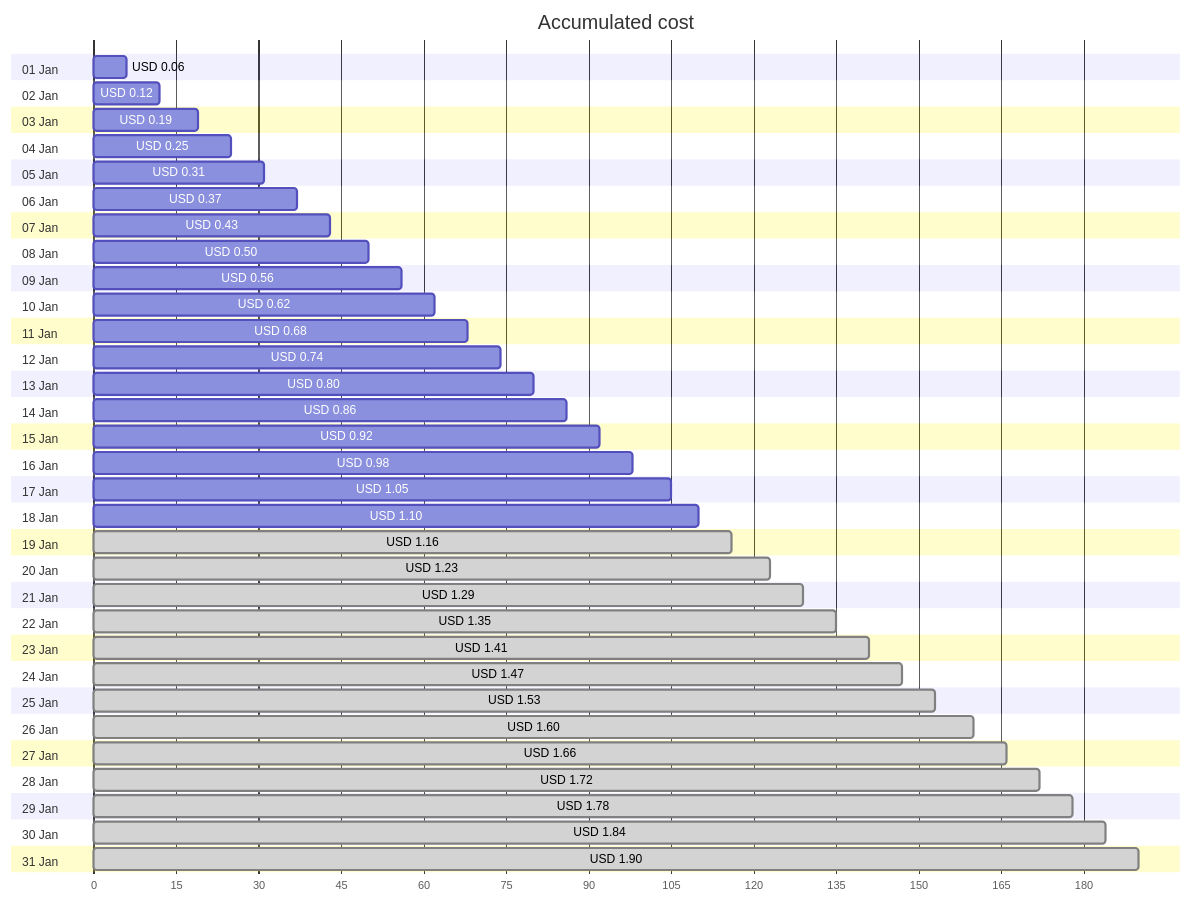
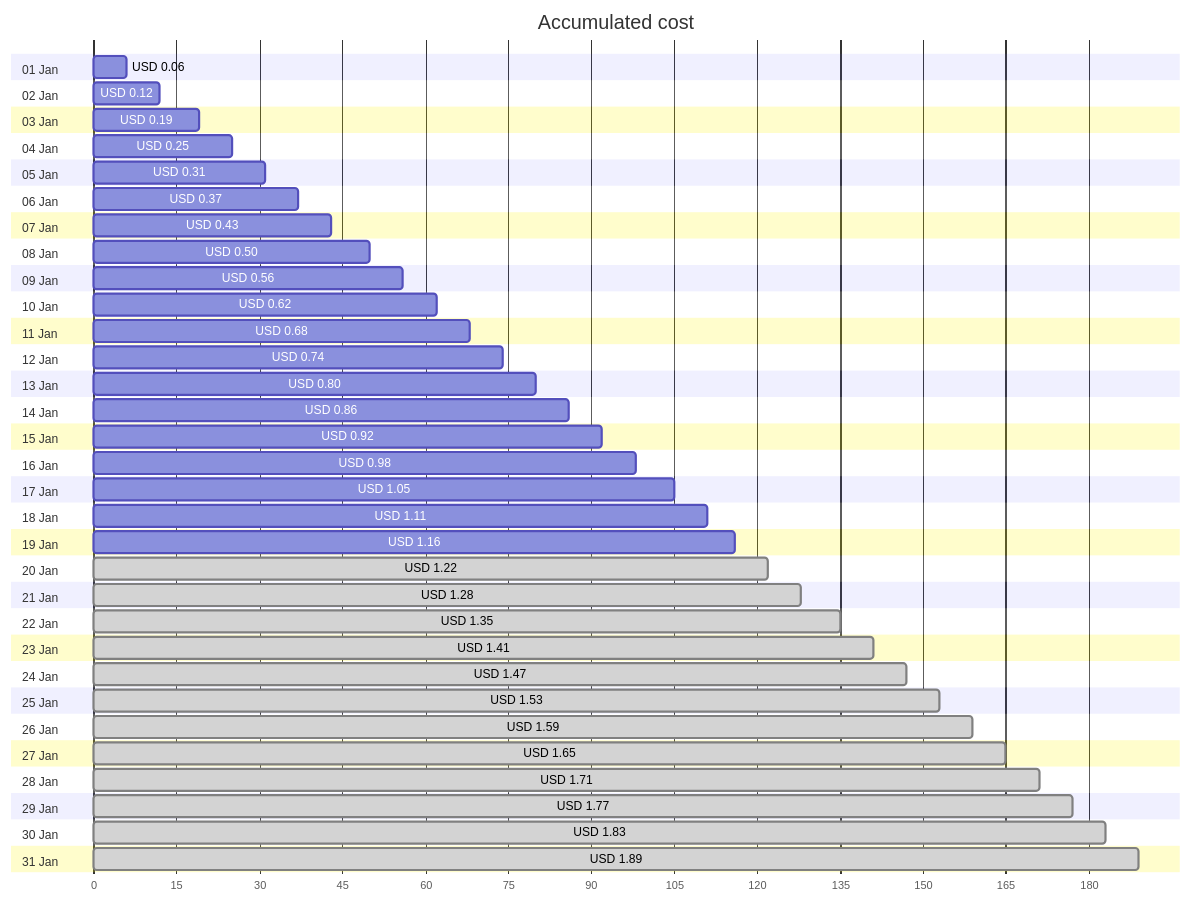
Before and after one commit to jpfulton/azure-personal-reports: the first of 4 diagrams in cost-reports/personal-network/backup-server_OsDisk.md, drawn with Mermaid. The commit also changed other lines of this file and 7 other files, not shown here.

````diff
--- a/cost-reports/personal-network/backup-server_OsDisk.md
+++ b/cost-reports/personal-network/backup-server_OsDisk.md
@@ -20,68 +20,68 @@
 ```mermaid
 gantt
    title Accumulated cost
    dateFormat  X
    axisFormat %s
    section 01 Jan
    USD 0.06 :0, 6
    section 02 Jan
    USD 0.12 :0, 12
    section 03 Jan
    USD 0.19 :0, 19
    section 04 Jan
    USD 0.25 :0, 25
    section 05 Jan
    USD 0.31 :0, 31
    section 06 Jan
    USD 0.37 :0, 37
    section 07 Jan
    USD 0.43 :0, 43
    section 08 Jan
    USD 0.50 :0, 50
    section 09 Jan
    USD 0.56 :0, 56
    section 10 Jan
    USD 0.62 :0, 62
    section 11 Jan
    USD 0.68 :0, 68
    section 12 Jan
    USD 0.74 :0, 74
    section 13 Jan
    USD 0.80 :0, 80
    section 14 Jan
    USD 0.86 :0, 86
    section 15 Jan
    USD 0.92 :0, 92
    section 16 Jan
    USD 0.98 :0, 98
    section 17 Jan
    USD 1.05 :0, 105
    section 18 Jan
-   USD 1.10 :0, 110
+   USD 1.11 :0, 111
    section 19 Jan
-   USD 1.16 : done, 0, 116
+   USD 1.16 :0, 116
    section 20 Jan
-   USD 1.23 : done, 0, 123
+   USD 1.22 : done, 0, 122
    section 21 Jan
-   USD 1.29 : done, 0, 129
+   USD 1.28 : done, 0, 128
    section 22 Jan
    USD 1.35 : done, 0, 135
    section 23 Jan
    USD 1.41 : done, 0, 141
    section 24 Jan
    USD 1.47 : done, 0, 147
    section 25 Jan
    USD 1.53 : done, 0, 153
    section 26 Jan
-   USD 1.60 : done, 0, 160
+   USD 1.59 : done, 0, 159
    section 27 Jan
-   USD 1.66 : done, 0, 166
+   USD 1.65 : done, 0, 165
    section 28 Jan
-   USD 1.72 : done, 0, 172
+   USD 1.71 : done, 0, 171
    section 29 Jan
-   USD 1.78 : done, 0, 178
+   USD 1.77 : done, 0, 177
    section 30 Jan
-   USD 1.84 : done, 0, 184
+   USD 1.83 : done, 0, 183
    section 31 Jan
-   USD 1.90 : done, 0, 190
+   USD 1.89 : done, 0, 189
 ```
````
